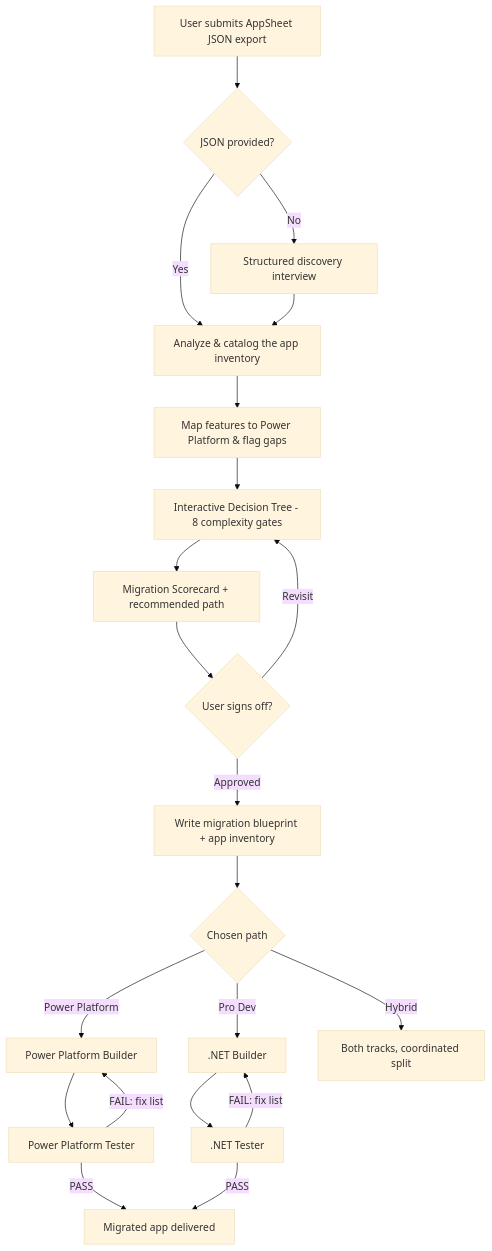
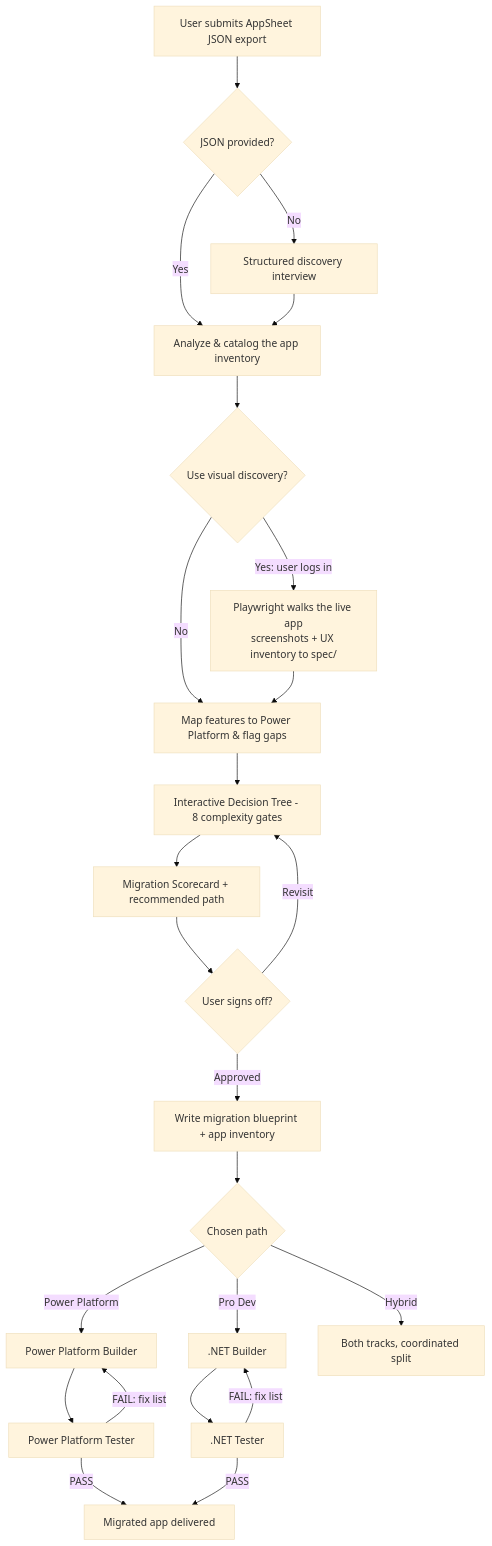
Before and after one commit to DjayGenAI/appsheet-migrator: the diagram in README.md, drawn with Mermaid (base theme). The commit also changed other lines of this file and 4 other files, not shown here.

First line of the commit message:
Add Playwright MCP visual discovery for source-app design capture

````diff
--- a/README.md
+++ b/README.md
@@ -11,23 +11,26 @@
 ```mermaid
 flowchart TD
     A[User submits AppSheet JSON export] --> B{JSON provided?}
     B -- Yes --> C[Analyze &amp; catalog the app inventory]
     B -- No --> D[Structured discovery interview]
     D --> C
-    C --> E[Map features to Power Platform &amp; flag gaps]
+    C --> V{Use visual discovery?}
+    V -- Yes: user logs in --> W[Playwright walks the live app<br/>screenshots + UX inventory to spec/]
+    V -- No --> E
+    W --> E[Map features to Power Platform &amp; flag gaps]
     E --> F[Interactive Decision Tree - 8 complexity gates]
     F --> G[Migration Scorecard + recommended path]
     G --> H{User signs off?}
     H -- Revisit --> F
     H -- Approved --> I[Write migration blueprint + app inventory]
     I --> J{Chosen path}
     J -- Power Platform --> K[Power Platform Builder]
     J -- Pro Dev --> L[.NET Builder]
     J -- Hybrid --> M[Both tracks, coordinated split]
     K --> N[Power Platform Tester]
     L --> O[.NET Tester]
     N -- FAIL: fix list --> K
     O -- FAIL: fix list --> L
     N -- PASS --> P[Migrated app delivered]
     O -- PASS --> P
 ```
````
